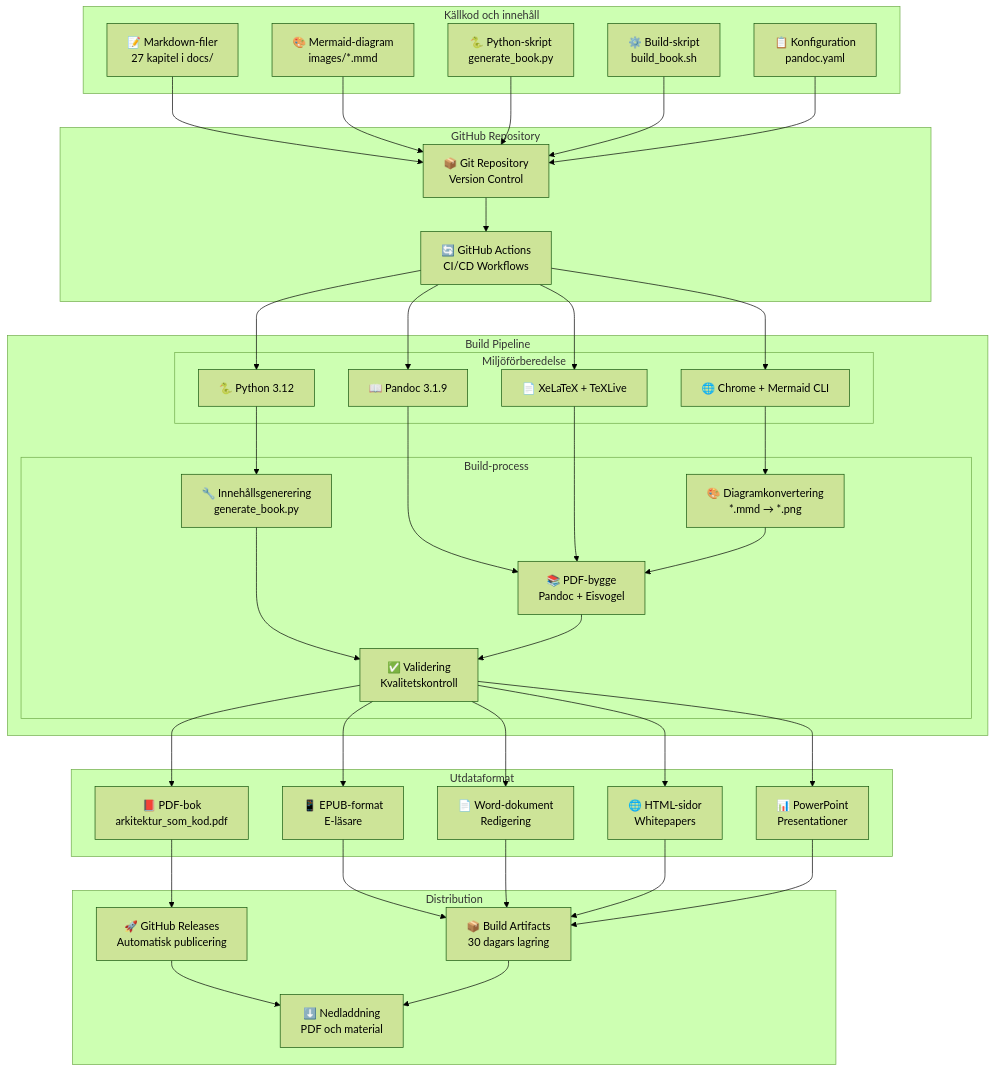
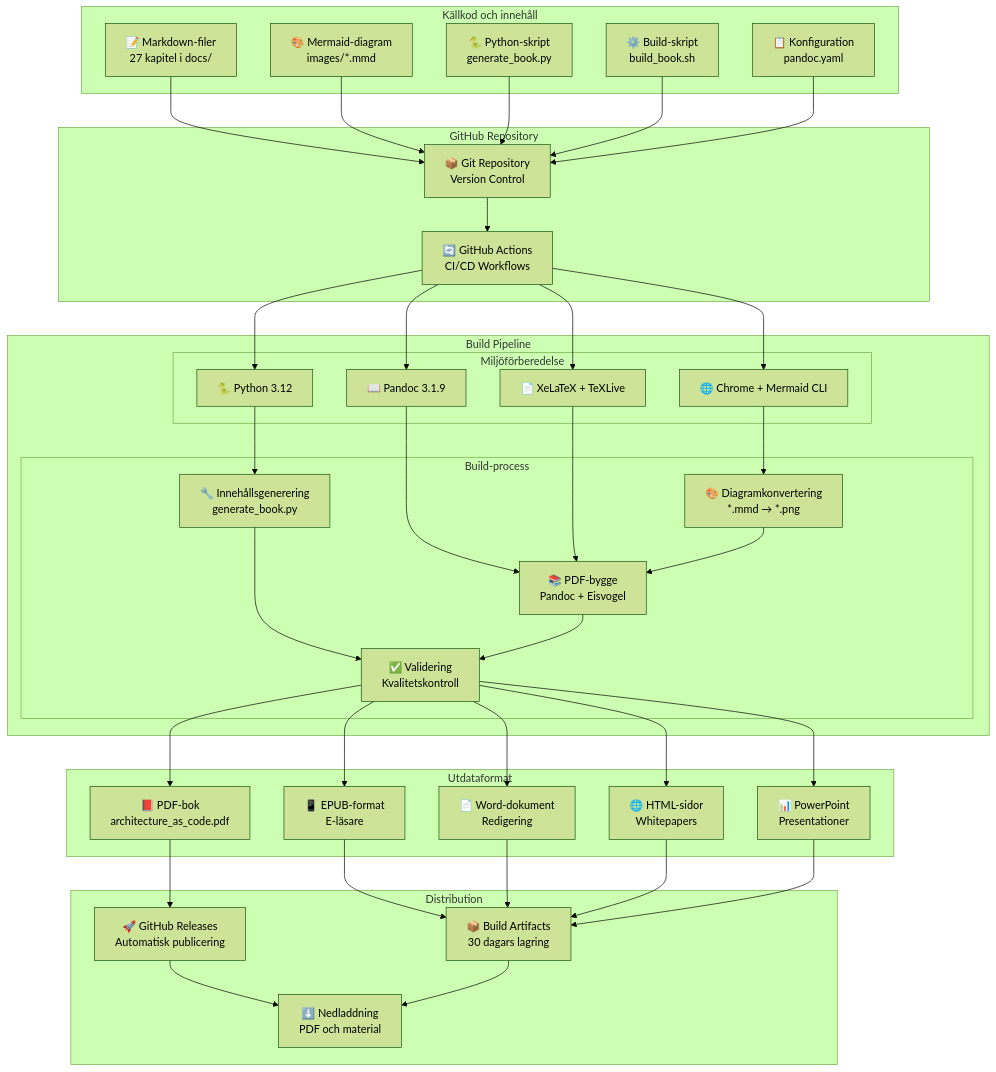
The diagram in docs/images/diagram_27_technical_structure.mmd (Geonitab/architecture_as_code), drawn with Mermaid (forest theme) before and after one commit. The commit also changed 18 other files, not shown here.

```diff
--- a/docs/images/diagram_27_technical_structure.mmd
+++ b/docs/images/diagram_27_technical_structure.mmd
@@ -1,92 +1,92 @@
 graph TB
     %% Källkodshantering
     subgraph "Källkod och innehåll"
         MD[📝 Markdown-filer<br/>27 kapitel i docs/]
         MMD[🎨 Mermaid-diagram<br/>images/*.mmd]
         PY[🐍 Python-skript<br/>generate_book.py]
         SH[⚙️ Build-skript<br/>build_book.sh]
         YAML[📋 Konfiguration<br/>pandoc.yaml]
     end
 
     %% GitHub Repository
     subgraph "GitHub Repository"
         REPO[📦 Git Repository<br/>Version Control]
         GHA[🔄 GitHub Actions<br/>CI/CD Workflows]
     end
 
     %% Build Pipeline
     subgraph "Build Pipeline"
         subgraph "Miljöförberedelse"
             PYTHON[🐍 Python 3.12]
             PANDOC[📖 Pandoc 3.1.9]
             LATEX[📄 XeLaTeX + TeXLive]
             CHROME[🌐 Chrome + Mermaid CLI]
         end
         
         subgraph "Build-process"
             GEN[🔧 Innehållsgenerering<br/>generate_book.py]
             CONV[🎨 Diagramkonvertering<br/>*.mmd → *.png]
             BUILD[📚 PDF-bygge<br/>Pandoc + Eisvogel]
             VAL[✅ Validering<br/>Kvalitetskontroll]
         end
     end
 
     %% Output Formats
     subgraph "Utdataformat"
-        PDF[📕 PDF-bok<br/>arkitektur_som_kod.pdf]
+        PDF[📕 PDF-bok<br/>architecture_as_code.pdf]
         EPUB[📱 EPUB-format<br/>E-läsare]
         DOCX[📄 Word-dokument<br/>Redigering]
         HTML[🌐 HTML-sidor<br/>Whitepapers]
         PPTX[📊 PowerPoint<br/>Presentationer]
     end
 
     %% Distribution
     subgraph "Distribution"
         REL[🚀 GitHub Releases<br/>Automatisk publicering]
         ART[📦 Build Artifacts<br/>30 dagars lagring]
         DOWN[⬇️ Nedladdning<br/>PDF och material]
     end
 
     %% Data Flow
     MD --> REPO
     MMD --> REPO
     PY --> REPO
     SH --> REPO
     YAML --> REPO
     
     REPO --> GHA
     GHA --> PYTHON
     GHA --> PANDOC
     GHA --> LATEX
     GHA --> CHROME
     
     PYTHON --> GEN
     CHROME --> CONV
     PANDOC --> BUILD
     LATEX --> BUILD
     
     GEN --> VAL
     CONV --> BUILD
     BUILD --> VAL
     
     VAL --> PDF
     VAL --> EPUB
     VAL --> DOCX
     VAL --> HTML
     VAL --> PPTX
     
     PDF --> REL
     EPUB --> ART
     DOCX --> ART
     HTML --> ART
     PPTX --> ART
     
     REL --> DOWN
     ART --> DOWN
 
     %% Styling
     class MD,MMD,PY,SH,YAML kv-highlight
     class REPO,GHA kv-outline
     class PYTHON,PANDOC,LATEX,CHROME,GEN,CONV,BUILD,VAL kv-accent
     class PDF,EPUB,DOCX,HTML,PPTX kv-primary
     class REL,ART,DOWN kv-pattern
```
